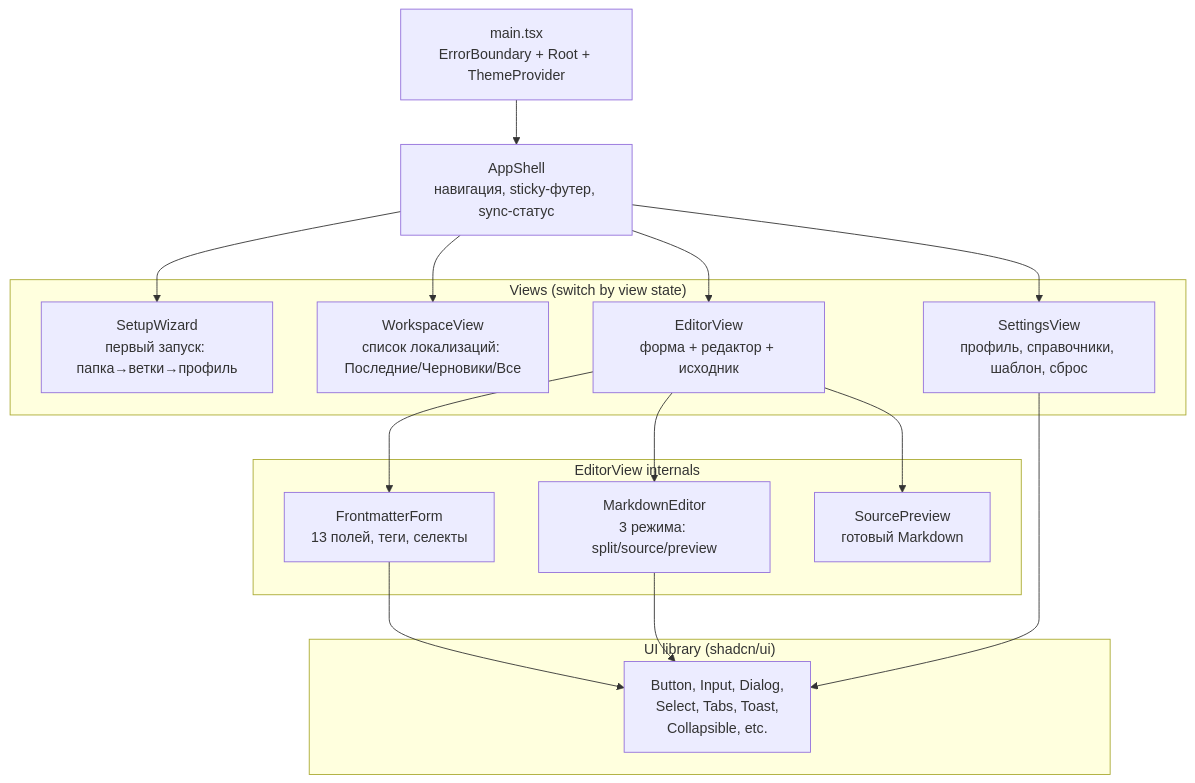
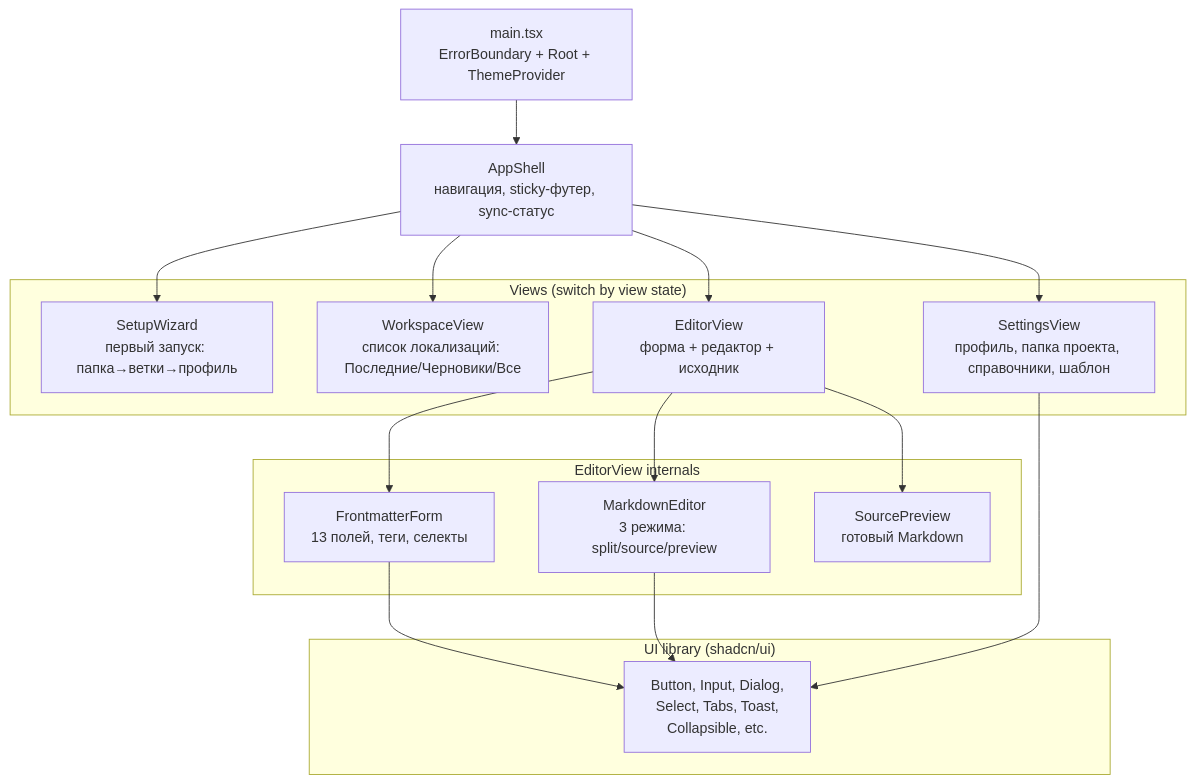
The second of 16 diagrams in ARCHITECTURE.md (artamonovav/ids), drawn with Mermaid before and after one commit. The commit also changed other lines of this file and 13 other files, not shown here.

````diff
--- a/ARCHITECTURE.md
+++ b/ARCHITECTURE.md
@@ -51,37 +51,37 @@
 ```mermaid
 graph TD
     MAIN[main.tsx<br/>ErrorBoundary + Root + ThemeProvider]
     APP[AppShell<br/>навигация, sticky-футер, sync-статус]
 
     MAIN --> APP
 
     subgraph "Views (switch by view state)"
         SETUP[SetupWizard<br/>первый запуск: папка→ветки→профиль]
         WORK[WorkspaceView<br/>список локализаций: Последние/Черновики/Все]
         EDITOR[EditorView<br/>форма + редактор + исходник]
-        SETTINGS[SettingsView<br/>профиль, справочники, шаблон, сброс]
+        SETTINGS[SettingsView<br/>профиль, папка проекта, справочники, шаблон]
     end
 
     APP --> SETUP
     APP --> WORK
     APP --> EDITOR
     APP --> SETTINGS
 
     subgraph "EditorView internals"
         FM[FrontmatterForm<br/>13 полей, теги, селекты]
         MD[MarkdownEditor<br/>3 режима: split/source/preview]
         SRC[SourcePreview<br/>готовый Markdown]
     end
 
     EDITOR --> FM
     EDITOR --> MD
     EDITOR --> SRC
 
     subgraph "UI library (shadcn/ui)"
         UI[Button, Input, Dialog,<br/>Select, Tabs, Toast,<br/>Collapsible, etc.]
     end
 
     FM --> UI
     MD --> UI
     SETTINGS --> UI
 ```
````
